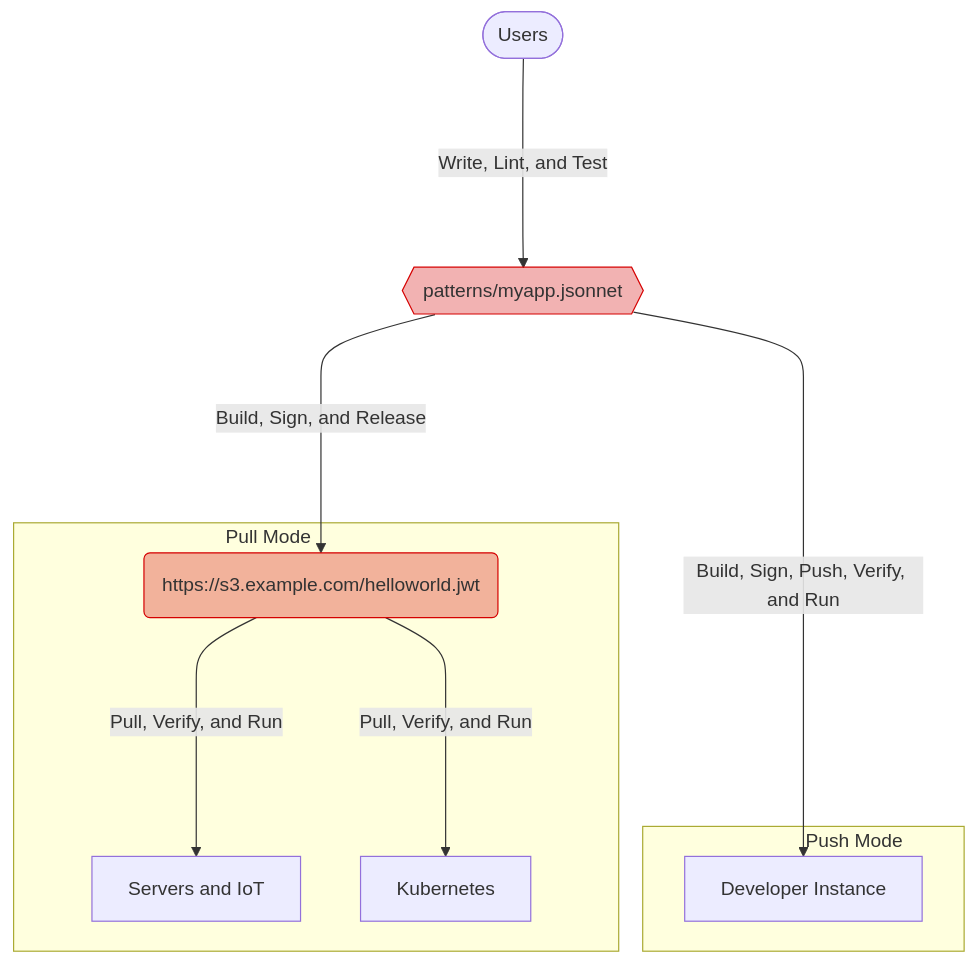
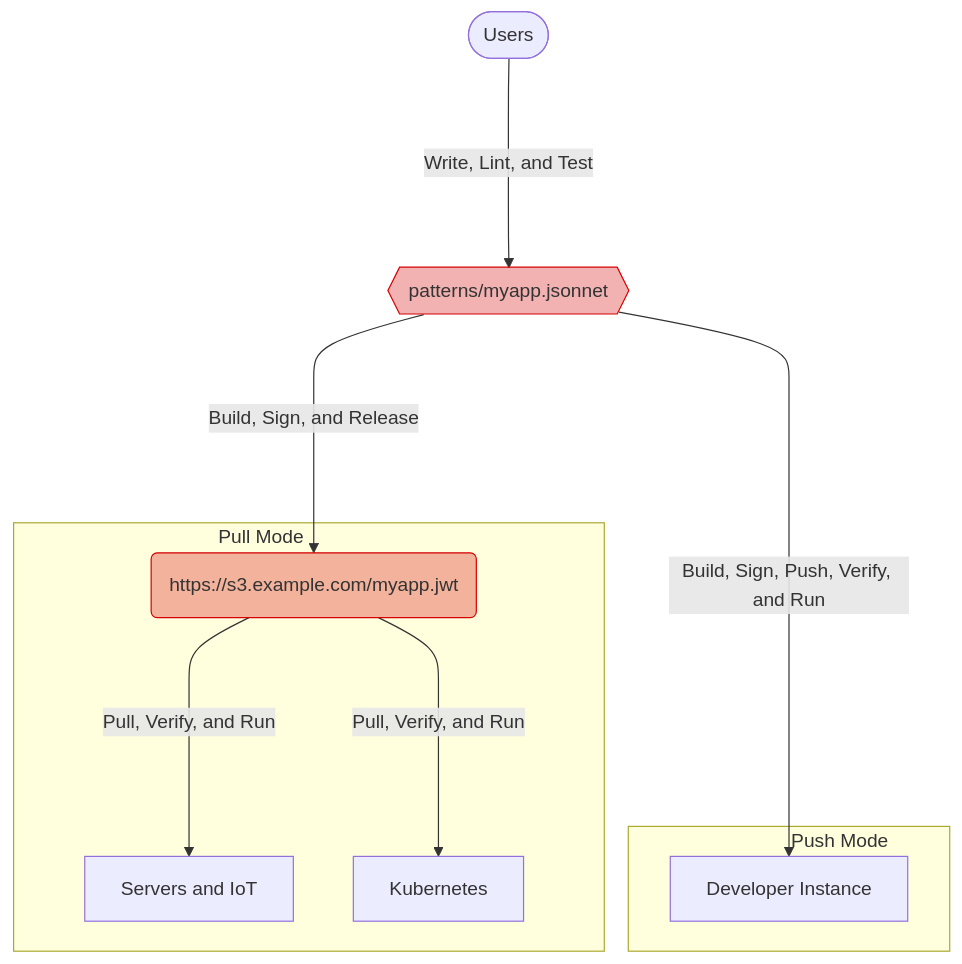
The diagram in hugo/content/_index.md (candiddev/etcha), drawn with Mermaid before and after one commit. The commit also changed 1 other file, not shown here.

Commit message:
Update pricing links

````diff
--- a/hugo/content/_index.md
+++ b/hugo/content/_index.md
@@ -10,24 +10,24 @@
 ```mermaid
 flowchart TD
   style myapp fill:#d50000,fill-opacity:0.3,stroke:#d50000
   style storage fill:#d50000,fill-opacity:0.3,stroke:#d50000
 
   myapp{{patterns/myapp.jsonnet}}
   user([Users])
 
   subgraph Pull Mode&nbsp&nbsp&nbsp&nbsp&nbsp&nbsp&nbsp&nbsp&nbsp&nbsp&nbsp&nbsp&nbsp&nbsp&nbsp&nbsp&nbsp&nbsp
-    storage(https://s3.example.com/helloworld.jwt)
+    storage(https://s3.example.com/myapp.jwt)
     servers[Servers and IoT]
     kubernetes["Kubernetes"]
   end
 
   subgraph &nbsp&nbsp&nbsp&nbsp&nbsp&nbsp&nbsp&nbsp&nbsp&nbsp&nbsp&nbsp&nbsp&nbsp&nbsp&nbsp&nbsp&nbsp&nbspPush Mode
     instance[Developer Instance]
   end
 
   user -- Write, Lint, and Test ----> myapp
   myapp -- Build, Sign, and Release ----> storage
   storage -- Pull, Verify, and Run ----> servers
   storage -- Pull, Verify, and Run ----> kubernetes
   myapp -- Build, Sign, Push, Verify, and Run -------> instance
 ```
````
